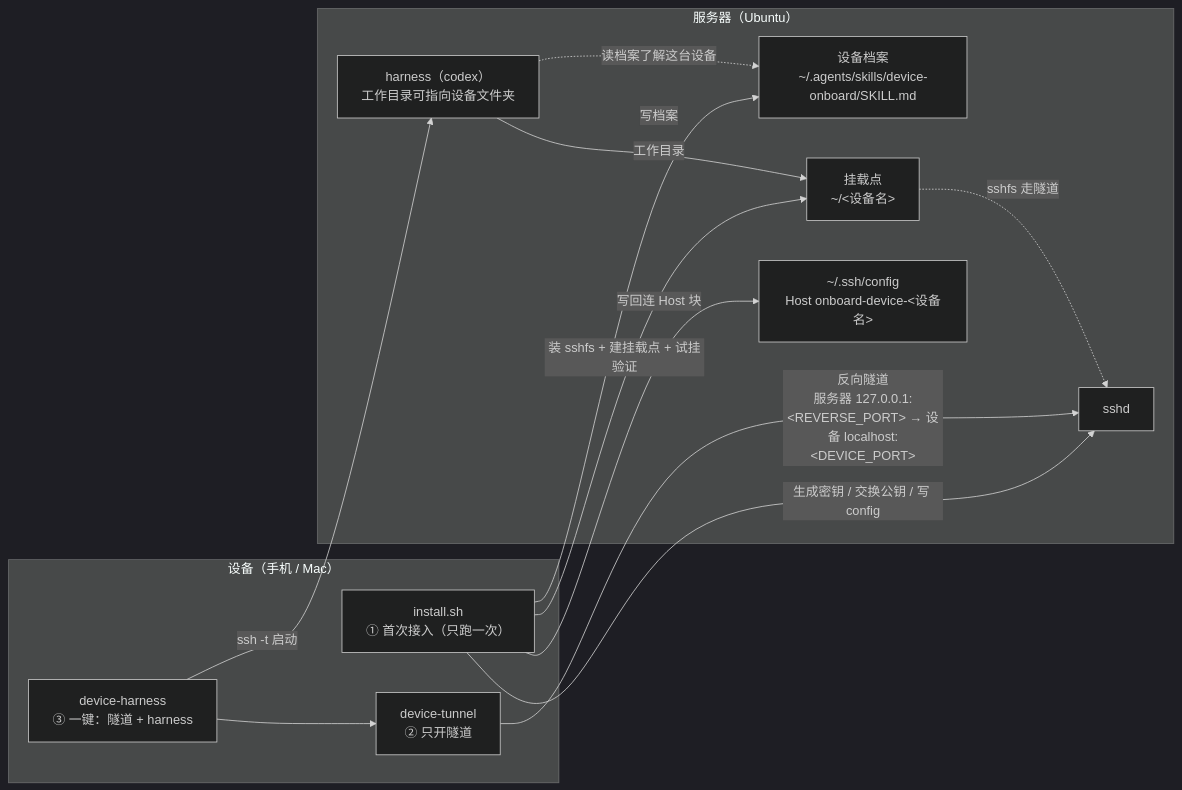
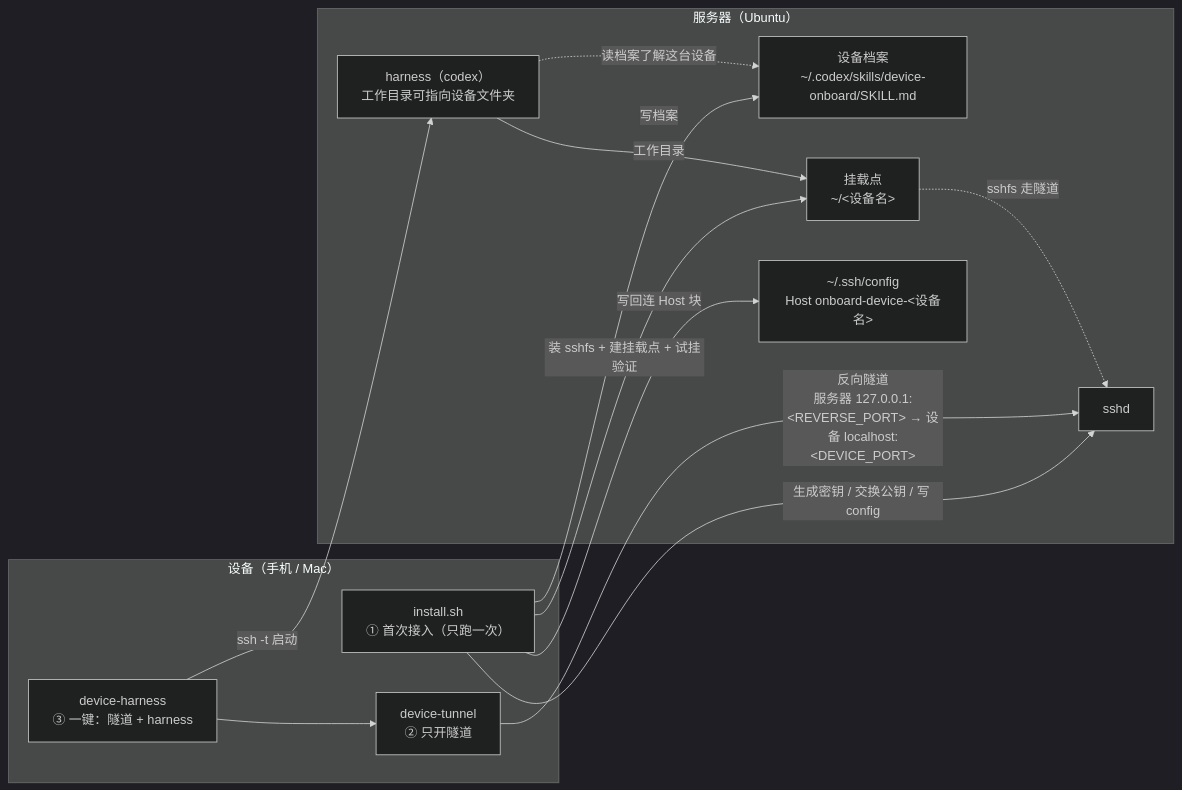
The first of 7 diagrams in docs/flow.md (MuRain37/device-onboard), drawn with Mermaid (dark theme) before and after one commit. The commit also changed other lines of this file and 3 other files, not shown here.

First line of the commit message:
feat: 设备档案改放 ~/.codex/skills（Codex 原生 skills 根）

````diff
--- a/docs/flow.md
+++ b/docs/flow.md
@@ -27,28 +27,28 @@
 ```mermaid
 flowchart LR
     subgraph DEV["设备（手机 / Mac）"]
         I["install.sh<br/>① 首次接入（只跑一次）"]
         T["device-tunnel<br/>② 只开隧道"]
         H["device-harness<br/>③ 一键：隧道 + harness"]
     end
 
     subgraph SRV["服务器（Ubuntu）"]
         SSH["sshd"]
-        ARCH["设备档案<br/>~/.agents/skills/device-onboard/SKILL.md"]
+        ARCH["设备档案<br/>~/.codex/skills/device-onboard/SKILL.md"]
         MP["挂载点<br/>~/&lt;设备名&gt;"]
         RUN["harness（codex）<br/>工作目录可指向设备文件夹"]
         REPO["~/.ssh/config<br/>Host onboard-device-&lt;设备名&gt;"]
     end
 
     I -->|"生成密钥 / 交换公钥 / 写 config"| SSH
     I -->|"写档案"| ARCH
     I -->|"装 sshfs + 建挂载点 + 试挂验证"| MP
     I -->|"写回连 Host 块"| REPO
 
     T -->|"反向隧道<br/>服务器 127.0.0.1:&lt;REVERSE_PORT&gt; → 设备 localhost:&lt;DEVICE_PORT&gt;"| SSH
     H --> T
     H -->|"ssh -t 启动"| RUN
     RUN -.->|"读档案了解这台设备"| ARCH
     RUN -->|"工作目录"| MP
     MP -.->|"sshfs 走隧道"| SSH
 ```
````
